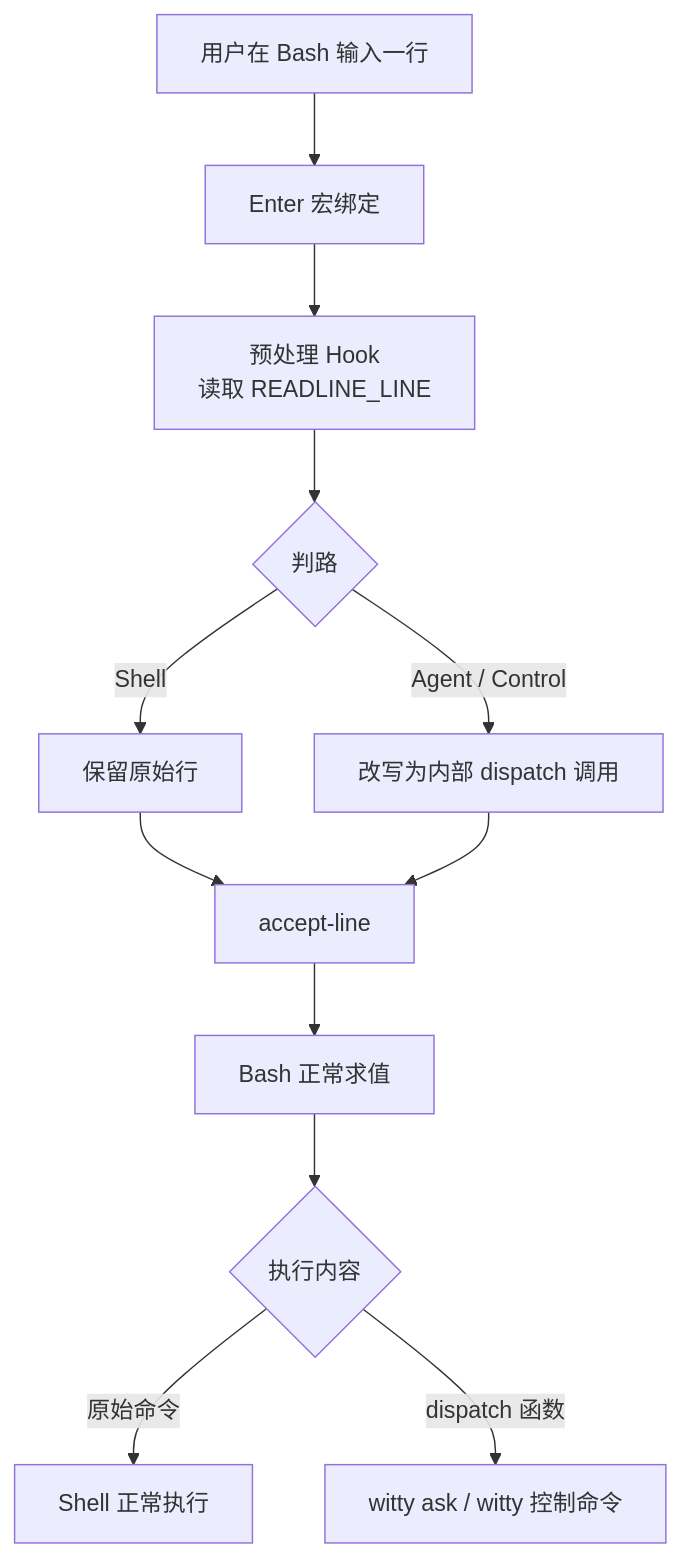
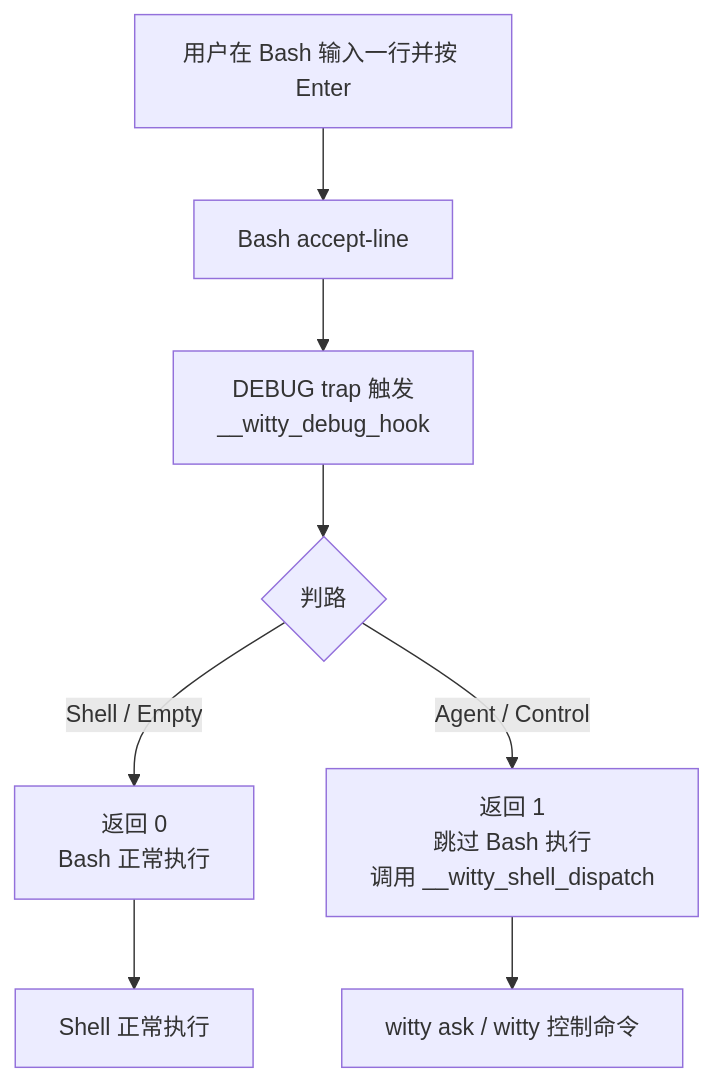
Before and after one commit to openeuler-mirror/euler-copilot-shell: the diagram in docs/design/shell-adapter.md, drawn with Mermaid. The commit also changed other lines of this file and 8 other files, not shown here.

First line of the commit message:
feat: switch Shell Adapter to DEBUG trap approach and finalize P1-11

````diff
--- a/docs/design/shell-adapter.md
+++ b/docs/design/shell-adapter.md
@@ -75,14 +84,10 @@
 ```mermaid
 graph TD
-    A[用户在 Bash 输入一行]:::accent0 --> B[Enter 宏绑定]:::accent1
-    B --> C[预处理 Hook<br/>读取 READLINE_LINE]:::accent2
+    A[用户在 Bash 输入一行并按 Enter]:::accent0 --> B[Bash accept-line]:::accent1
+    B --> C[DEBUG trap 触发<br/>__witty_debug_hook]:::accent2
     C --> D{判路}:::accent3
-    D -->|Shell| E[保留原始行]:::accent4
-    D -->|Agent / Control| F[改写为内部 dispatch 调用]:::accent5
-    E --> G[accept-line]:::accent6
-    F --> G
-    G --> H[Bash 正常求值]:::accent7
-    H --> I{执行内容}
-    I -->|原始命令| J[Shell 正常执行]
-    I -->|dispatch 函数| K[witty ask / witty 控制命令]
+    D -->|Shell / Empty| E[返回 0<br/>Bash 正常执行]:::accent4
+    D -->|Agent / Control| F[返回 1<br/>跳过 Bash 执行<br/>调用 __witty_shell_dispatch]:::accent5
+    E --> G[Shell 正常执行]:::accent6
+    F --> H[witty ask / witty 控制命令]:::accent7
 ```
````
